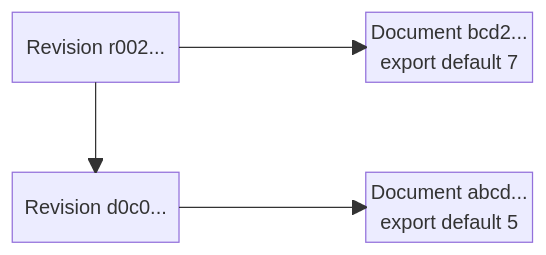
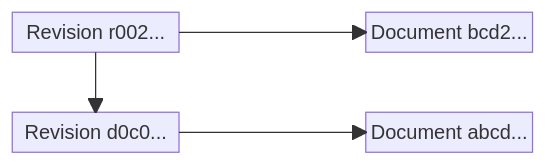
Before and after one commit to functionalscript/functionalscript: the second of 3 diagrams in todo/sergey/disot.md, drawn with Mermaid. The commit also changed other lines of this file, not shown here.

````diff
--- a/todo/sergey/disot.md
+++ b/todo/sergey/disot.md
@@ -137,16 +53,12 @@
 ```mermaid
 block-beta
     columns 3
 
-    C2["Revision r002..."] space D2["Document bcd2...
-    export default 7"]
-
+    C2["Revision r002..."] space D2["Document bcd2..."]
     space:3
-
-    C1["Revision d0c0..."] space D1["Document abcd...
-    export default 5"]
+    C1["Revision d0c0..."] space D1["Document abcd..."]
 
     C2 --> C1
     C2 --> D2
     C1 --> D1
 ```
````
